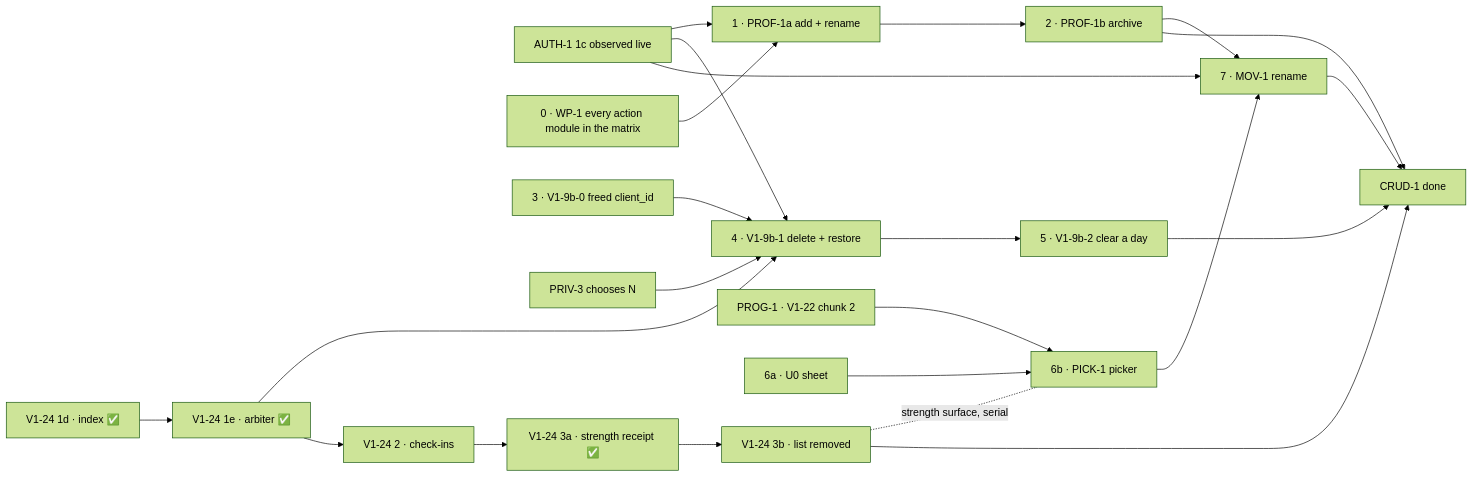
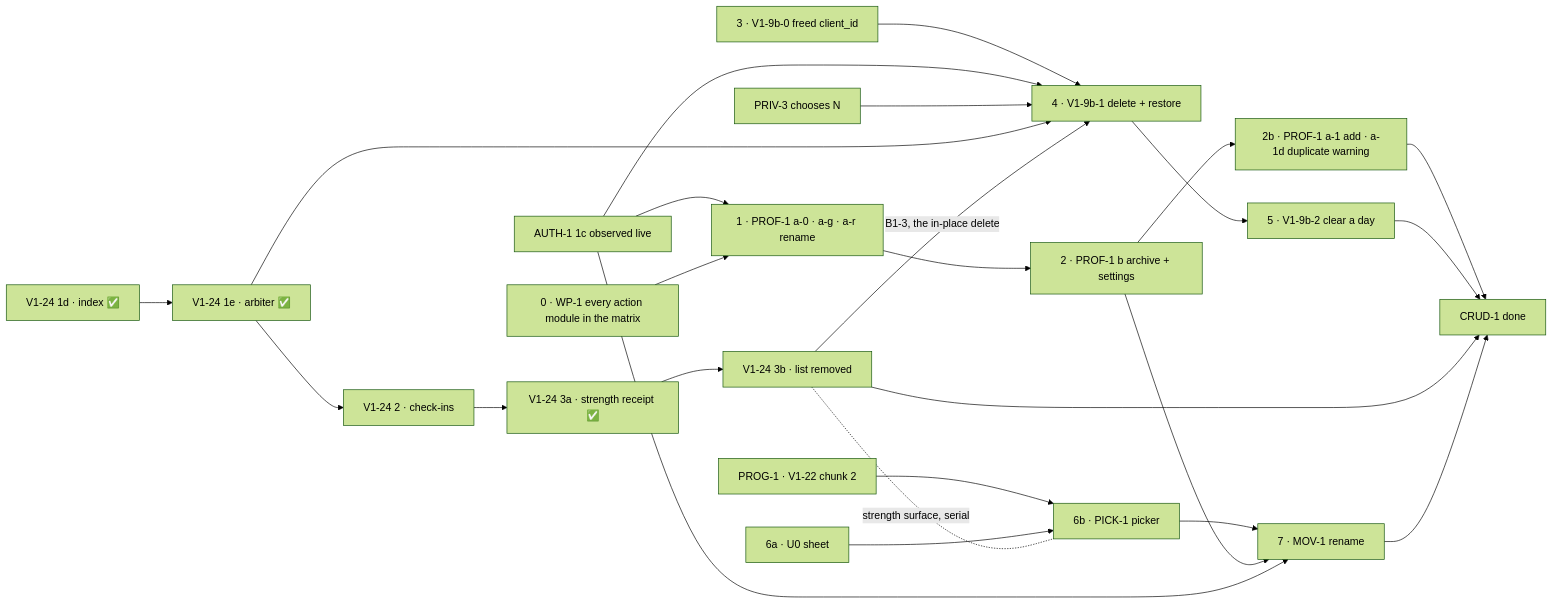
One commit to ralamode/mat-plan changed the diagram in docs/milestones/crud-1-fix-it-yourself.md. Above: the diagram before and after it, drawn with Mermaid (forest theme). The commit also changed other lines of this file and 10 other files, not shown here.

````diff
--- a/docs/milestones/crud-1-fix-it-yourself.md
+++ b/docs/milestones/crud-1-fix-it-yourself.md
@@ -56,25 +56,27 @@
 ```mermaid
 flowchart LR
   AU[AUTH-1 1c observed live] --> P1a
-  W[0 · WP-1 every action module in the matrix] --> P1a[1 · PROF-1a add + rename]
-  P1a --> P1b[2 · PROF-1b archive]
+  W[0 · WP-1 every action module in the matrix] --> P1a[1 · PROF-1 a-0 · a-g · a-r rename]
+  P1a --> P1b[2 · PROF-1 b archive + settings]
+  P1b --> P1c[2b · PROF-1 a-1 add · a-1d duplicate warning]
   B0[3 · V1-9b-0 freed client_id] --> B1
   AU --> B1[4 · V1-9b-1 delete + restore]
   N[PRIV-3 chooses N] --> B1
   E1e --> B1
+  E3b -->|B1-3, the in-place delete| B1
   B1 --> B2[5 · V1-9b-2 clear a day]
   E1d[V1-24 1d · index ✅] --> E1e[V1-24 1e · arbiter ✅]
   E1e --> E2[V1-24 2 · check-ins]
   E2 --> E3a[V1-24 3a · strength receipt ✅]
   E3a --> E3b[V1-24 3b · list removed]
   V22[PROG-1 · V1-22 chunk 2] --> K1
   U0[6a · U0 sheet] --> K1[6b · PICK-1 picker]
   K1 --> M1[7 · MOV-1 rename]
   P1b --> M1
   AU --> M1
   E3b -. strength surface, serial .- K1
-  P1b --> X[CRUD-1 done]
+  P1c --> X[CRUD-1 done]
   B2 --> X
   E3b --> X
   M1 --> X
 ```
````
